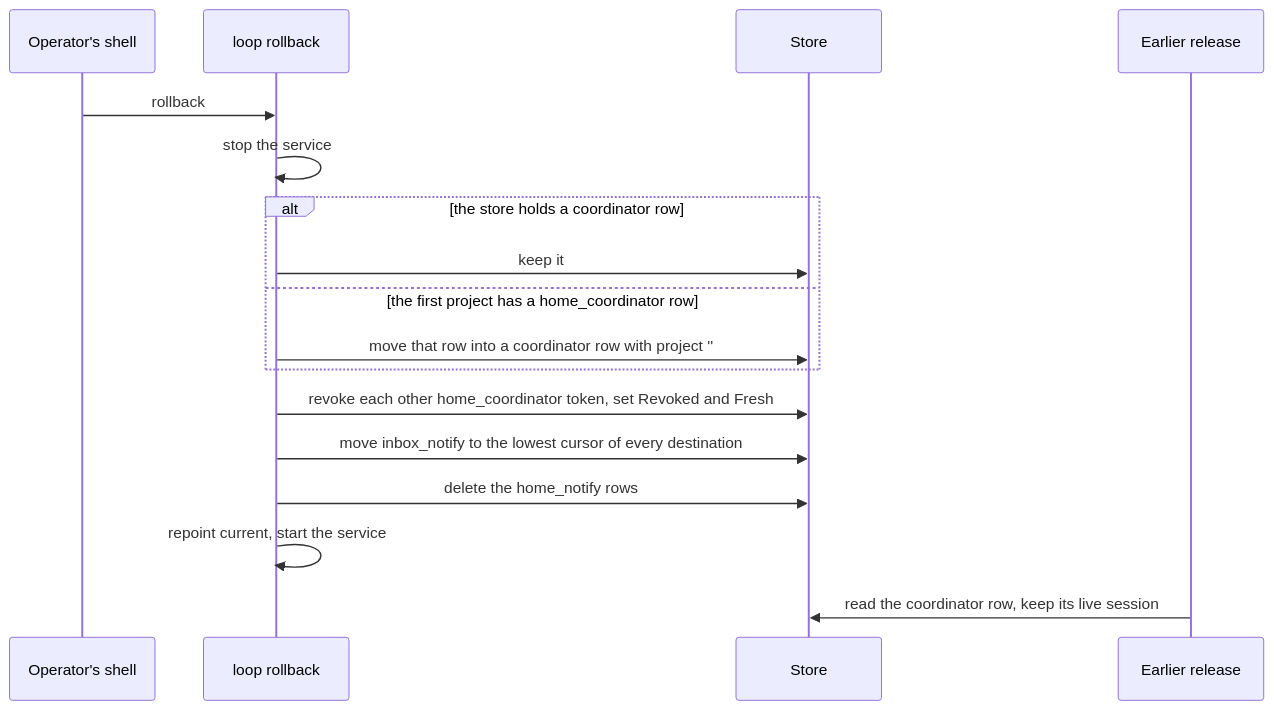
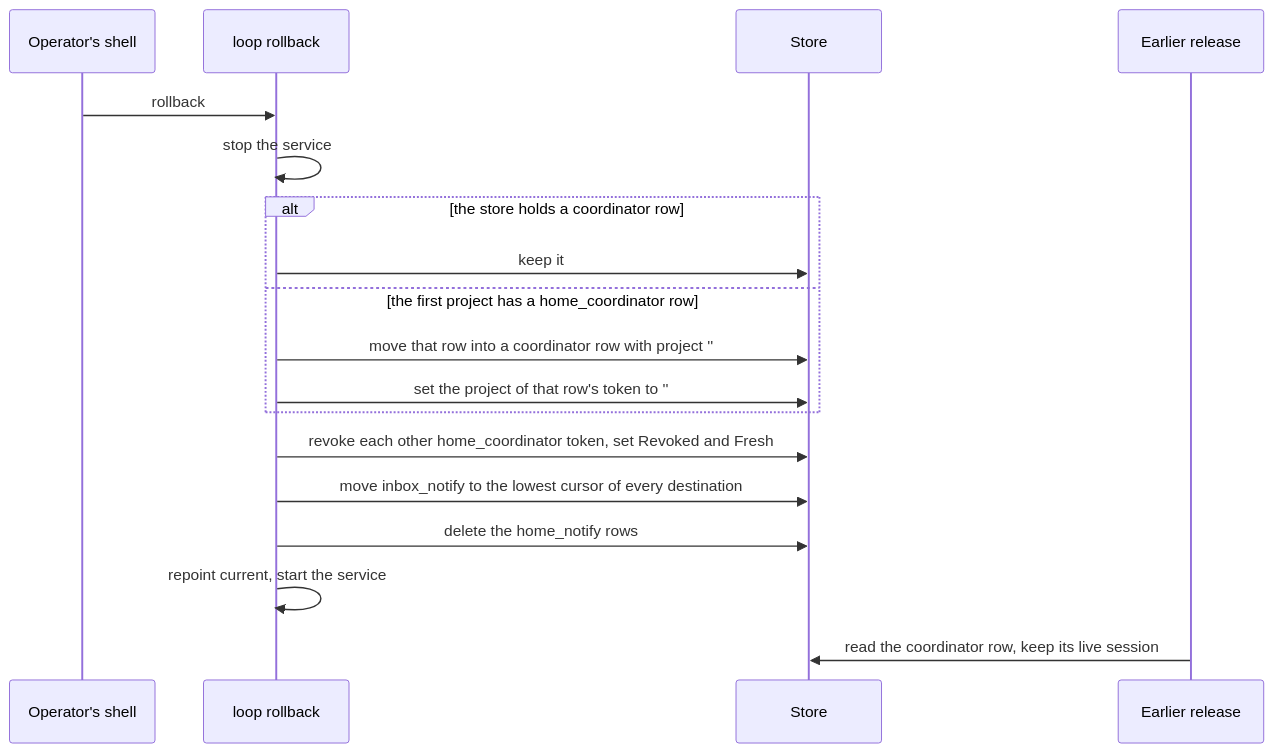
Before and after one commit to iantanwx/factory: the sixth of 6 diagrams in docs/specs/factorio-1edo-project-home-coordinators-spec.md, drawn with Mermaid. The commit also changed other lines of this file, not shown here.

````diff
--- a/docs/specs/factorio-1edo-project-home-coordinators-spec.md
+++ b/docs/specs/factorio-1edo-project-home-coordinators-spec.md
@@ -900,19 +911,20 @@
 ```mermaid
 sequenceDiagram
     participant O as Operator's shell
     participant R as loop rollback
     participant S as Store
     participant E as Earlier release
     O->>R: rollback
     R->>R: stop the service
     alt the store holds a coordinator row
         R->>S: keep it
     else the first project has a home_coordinator row
         R->>S: move that row into a coordinator row with project ''
+        R->>S: set the project of that row's token to ''
     end
     R->>S: revoke each other home_coordinator token, set Revoked and Fresh
     R->>S: move inbox_notify to the lowest cursor of every destination
     R->>S: delete the home_notify rows
     R->>R: repoint current, start the service
     E->>S: read the coordinator row, keep its live session
 ```
````
